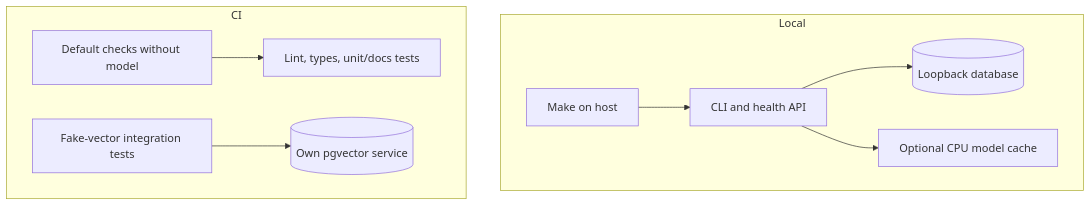
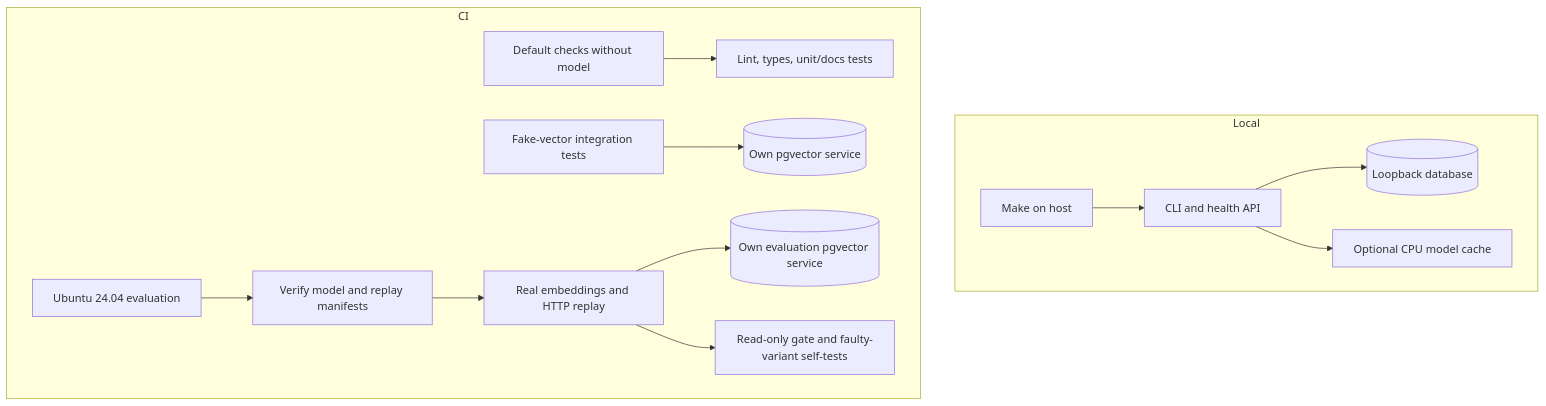
One commit to venkatakgonela/rag-audit-demo changed the sixth of 6 diagrams in docs/ARCHITECTURE.md. Above: the diagram before and after it, drawn with Mermaid. The commit also changed other lines of this file and 14 other files, not shown here.

````diff
--- a/docs/ARCHITECTURE.md
+++ b/docs/ARCHITECTURE.md
@@ -189,12 +189,16 @@
 ```mermaid
 flowchart TB
     subgraph Local
         make["Make on host"] --> cli["CLI and health API"]
         cli --> db[("Loopback database")]
         cli --> onnx["Optional CPU model cache"]
     end
     subgraph CI
         unit["Default checks without model"] --> checks["Lint, types, unit/docs tests"]
         integration["Fake-vector integration tests"] --> service[("Own pgvector service")]
+        evaluation["Ubuntu 24.04 evaluation"] --> integrity["Verify model and replay manifests"]
+        integrity --> replay["Real embeddings and HTTP replay"]
+        replay --> evaldb[("Own evaluation pgvector service")]
+        replay --> gate["Read-only gate and faulty-variant self-tests"]
     end
 ```
````
